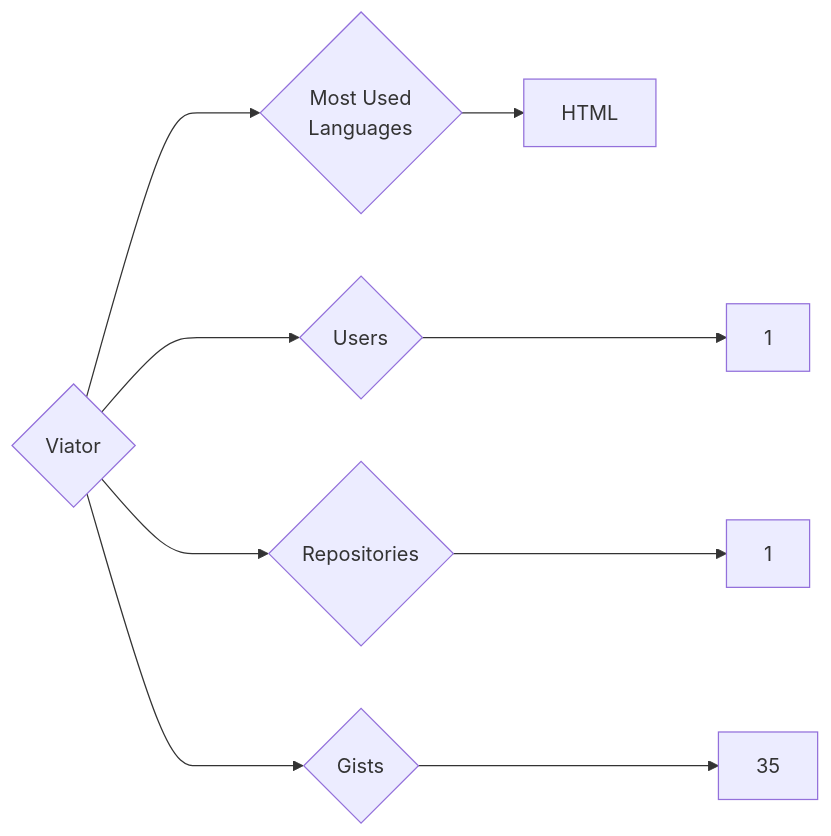
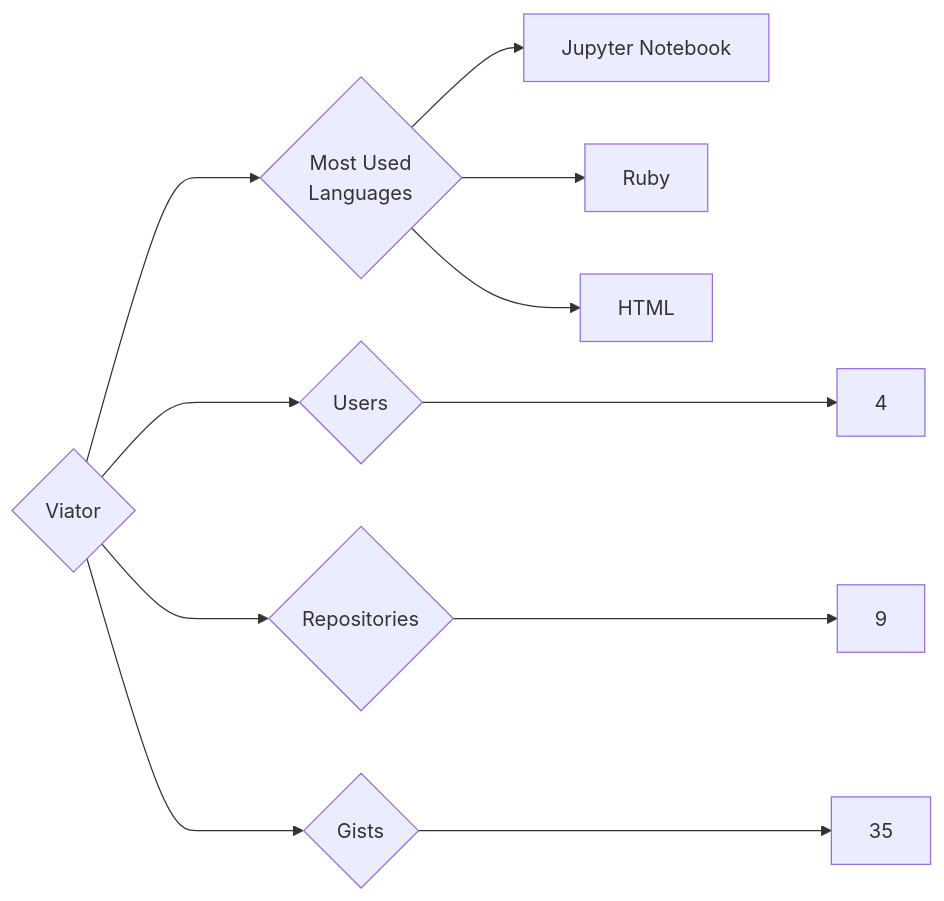
One commit to trickest/insiders changed the diagram in targets/Viator/README.md. Above: the diagram before and after it, drawn with Mermaid. The commit also changed 715 other files, not shown here.

````diff
--- a/targets/Viator/README.md
+++ b/targets/Viator/README.md
@@ -3,9 +3,11 @@
 ```mermaid
 graph LR
 COMPANY_NAME{Viator}
-COMPANY_NAME ---> U{Users} ---> UN[1]
-COMPANY_NAME ---> R{Repositories} ---> RN[1]
+COMPANY_NAME ---> U{Users} ---> UN[4]
+COMPANY_NAME ---> R{Repositories} ---> RN[9]
 COMPANY_NAME ---> G{Gists} ---> GN[35]
 COMPANY_NAME ---> ML{Most Used<br>Languages}
+ML --> Jupyter_Notebook[Jupyter Notebook]
+ML --> Ruby[Ruby]
 ML --> HTML[HTML]
 ```
````
